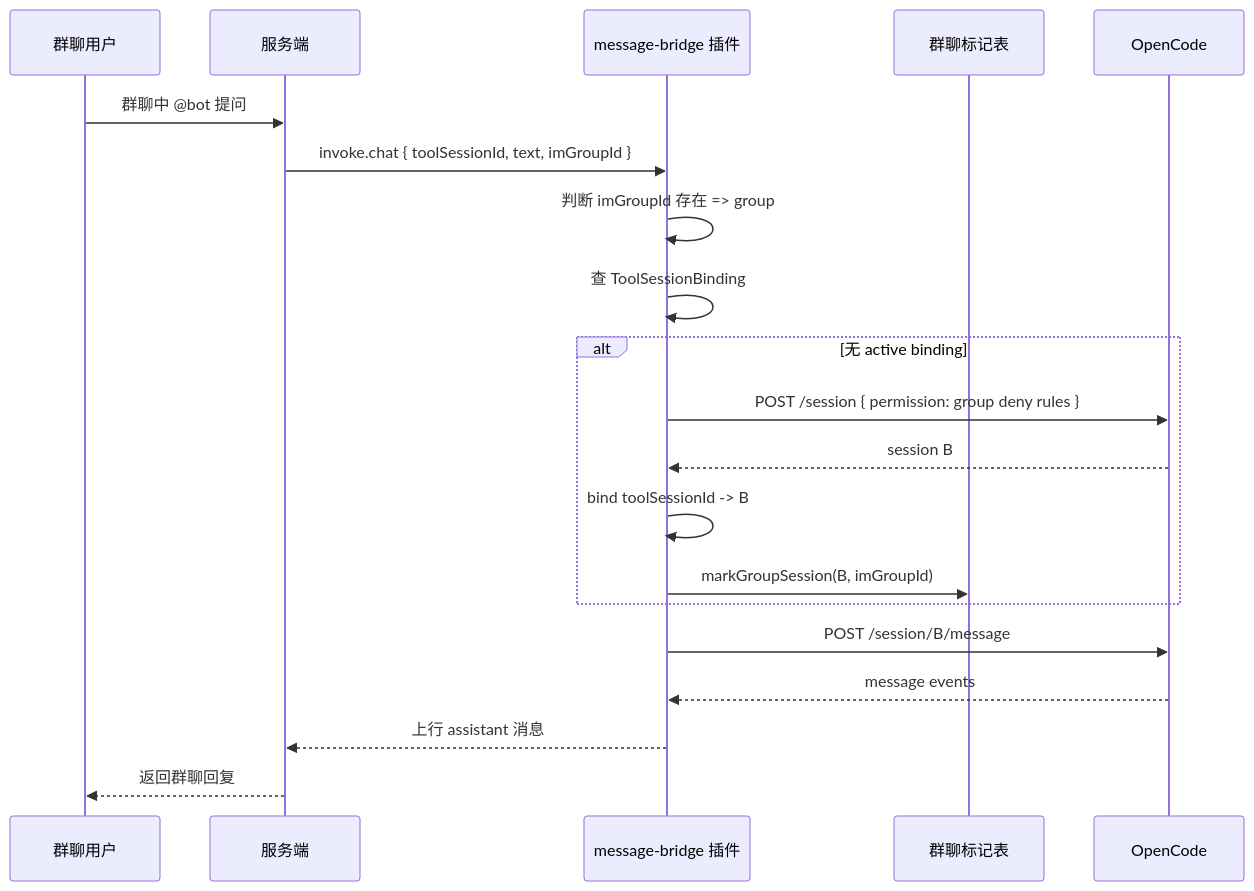
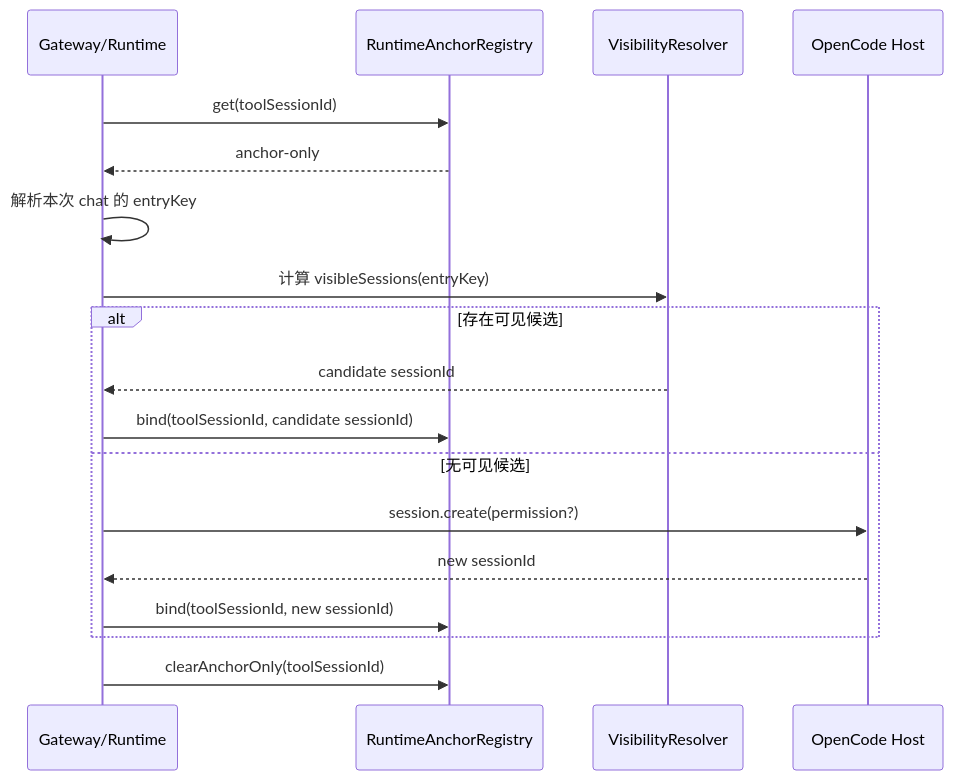
The seventh of 18 diagrams in docs/design/message-bridge-opencode-session-isolation-solution.md (yuzhangCZ/agent-plugin), drawn with Mermaid before and after one commit. The commit also changed other lines of this file and 1 other file, not shown here.

Commit message:
docs(message-bridge): 补齐 opencode 会话隔离设计与控制面接口

````diff
--- a/docs/design/message-bridge-opencode-session-isolation-solution.md
+++ b/docs/design/message-bridge-opencode-session-isolation-solution.md
@@ -361,23 +732,21 @@
 ```mermaid
 sequenceDiagram
-  participant User as 群聊用户
-  participant Server as 服务端
-  participant Plugin as message-bridge 插件
-  participant Mark as 群聊标记表
-  participant OpenCode as OpenCode
+  participant Gateway as Gateway/Runtime
+  participant Anchor as RuntimeAnchorRegistry
+  participant Visible as VisibilityResolver
+  participant Host as OpenCode Host
 
-  User->>Server: 群聊中 @bot 提问
-  Server->>Plugin: invoke.chat { toolSessionId, text, imGroupId }
-  Plugin->>Plugin: 判断 imGroupId 存在 => group
-  Plugin->>Plugin: 查 ToolSessionBinding
-  alt 无 active binding
-    Plugin->>OpenCode: POST /session { permission: group deny rules }
-    OpenCode-->>Plugin: session B
-    Plugin->>Plugin: bind toolSessionId -> B
-    Plugin->>Mark: markGroupSession(B, imGroupId)
+  Gateway->>Anchor: get(toolSessionId)
+  Anchor-->>Gateway: anchor-only
+  Gateway->>Gateway: 解析本次 chat 的 entryKey
+  Gateway->>Visible: 计算 visibleSessions(entryKey)
+  alt 存在可见候选
+    Visible-->>Gateway: candidate sessionId
+    Gateway->>Anchor: bind(toolSessionId, candidate sessionId)
+  else 无可见候选
+    Gateway->>Host: session.create(permission?)
+    Host-->>Gateway: new sessionId
+    Gateway->>Anchor: bind(toolSessionId, new sessionId)
   end
-  Plugin->>OpenCode: POST /session/B/message
-  OpenCode-->>Plugin: message events
-  Plugin-->>Server: 上行 assistant 消息
-  Server-->>User: 返回群聊回复
+  Gateway->>Anchor: clearAnchorOnly(toolSessionId)
 ```
````
